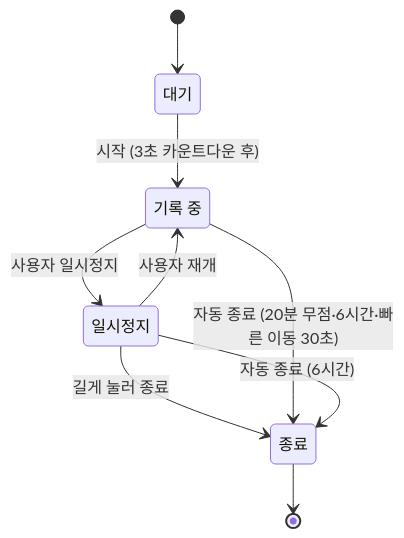
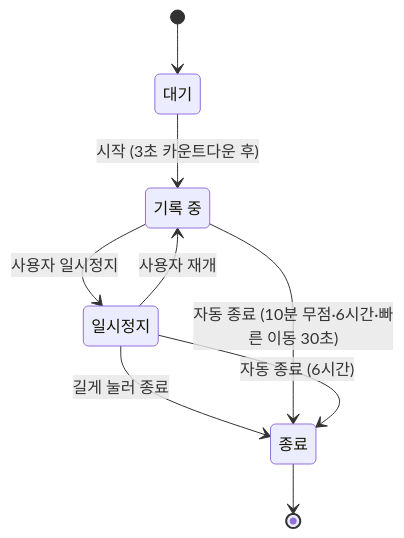
Before and after one commit to dhkim1522/runmagochi: the diagram in docs/specs/run-engine.md, drawn with Mermaid. The commit also changed other lines of this file and 7 other files, not shown here.

````diff
--- a/docs/specs/run-engine.md
+++ b/docs/specs/run-engine.md
@@ -7,15 +7,15 @@
 ```mermaid
 stateDiagram-v2
     state "대기" as Idle
     state "기록 중" as Recording
     state "일시정지" as Paused
     state "종료" as Ended
     [*] --> Idle
     Idle --> Recording: 시작 (3초 카운트다운 후)
     Recording --> Paused: 사용자 일시정지
     Paused --> Recording: 사용자 재개
     Paused --> Ended: 길게 눌러 종료
-    Recording --> Ended: 자동 종료 (20분 무점·6시간·빠른 이동 30초)
+    Recording --> Ended: 자동 종료 (10분 무점·6시간·빠른 이동 30초)
     Paused --> Ended: 자동 종료 (6시간)
     Ended --> [*]
 ```
````
